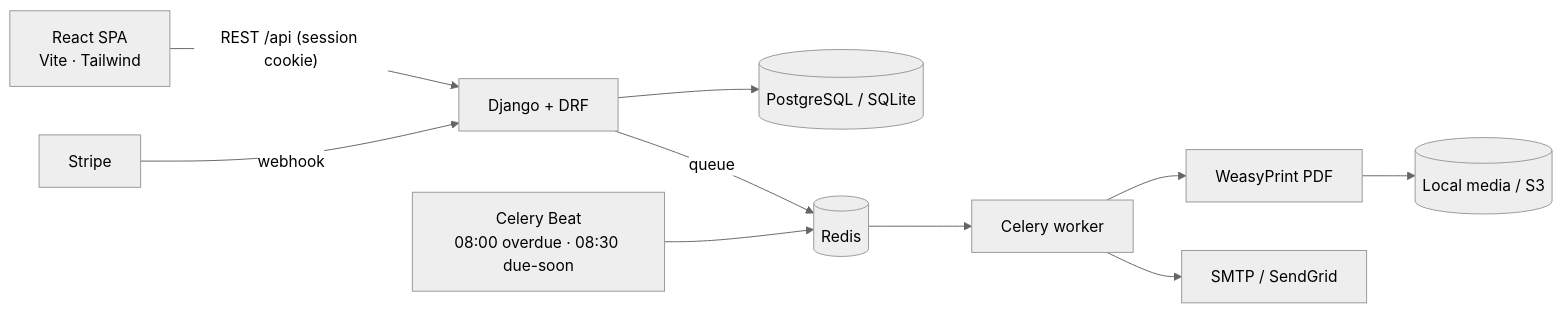
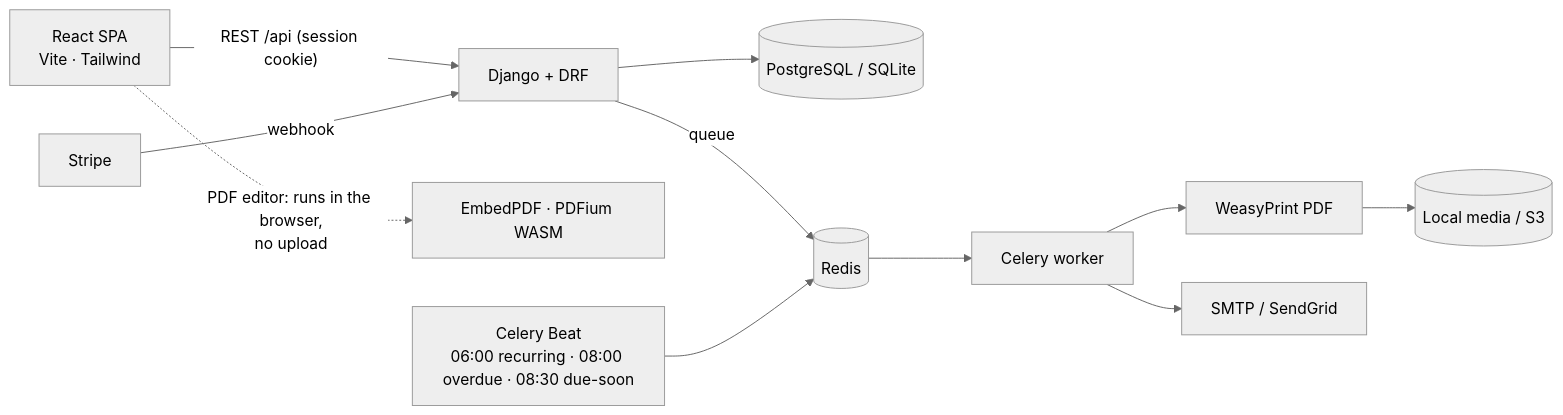
The first of 2 diagrams in README.md (Ashfaq10/FreelanceFlow), drawn with Mermaid (neutral theme) before and after one commit. The commit also changed other lines of this file, not shown here.

````diff
--- a/README.md
+++ b/README.md
@@ -114,12 +207,13 @@
 ```mermaid
 flowchart LR
   SPA["React SPA<br/>Vite · Tailwind"] -->|"REST /api (session cookie)"| API["Django + DRF"]
+  SPA -.->|"PDF editor: runs in the browser,<br/>no upload"| WASM["EmbedPDF · PDFium WASM"]
   API --> DB[(PostgreSQL / SQLite)]
   API -->|queue| Redis[(Redis)]
   Redis --> Worker["Celery worker"]
-  Beat["Celery Beat<br/>08:00 overdue · 08:30 due-soon"] --> Redis
+  Beat["Celery Beat<br/>06:00 recurring · 08:00 overdue · 08:30 due-soon"] --> Redis
   Worker --> PDF["WeasyPrint PDF"]
   Worker --> Mail["SMTP / SendGrid"]
   Stripe["Stripe"] -->|webhook| API
   PDF --> Storage[("Local media / S3")]
 ```
````
